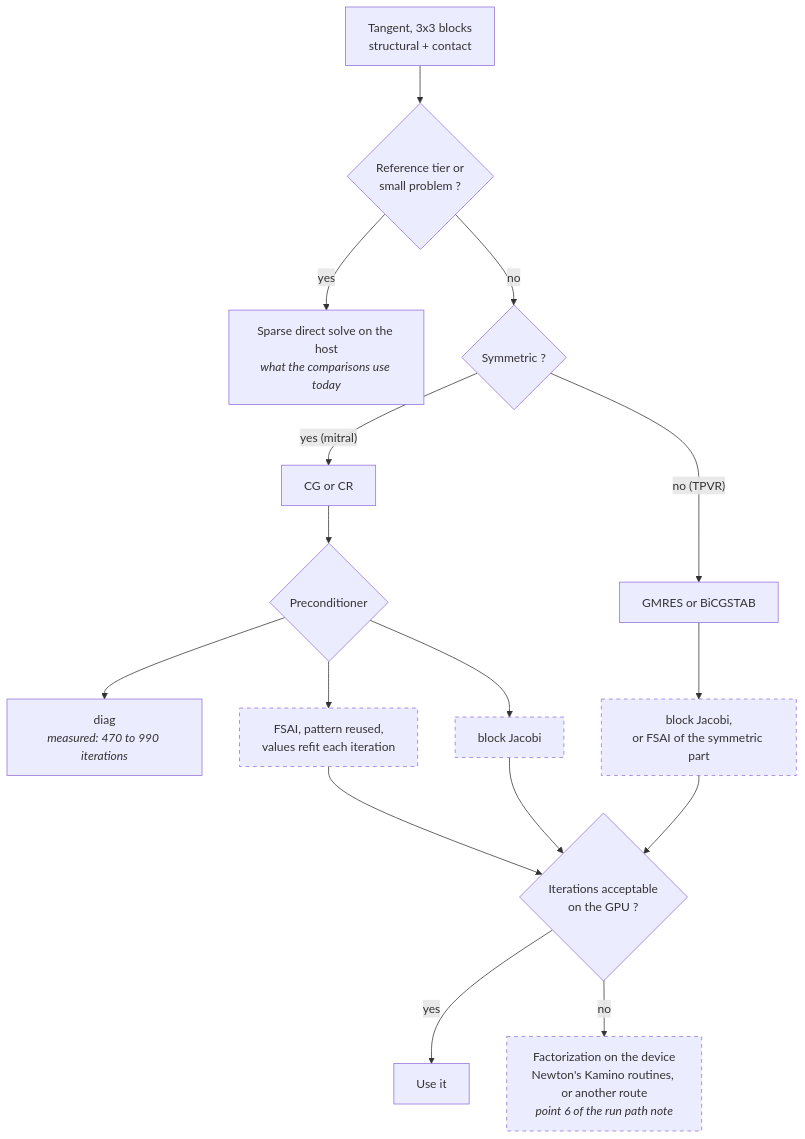
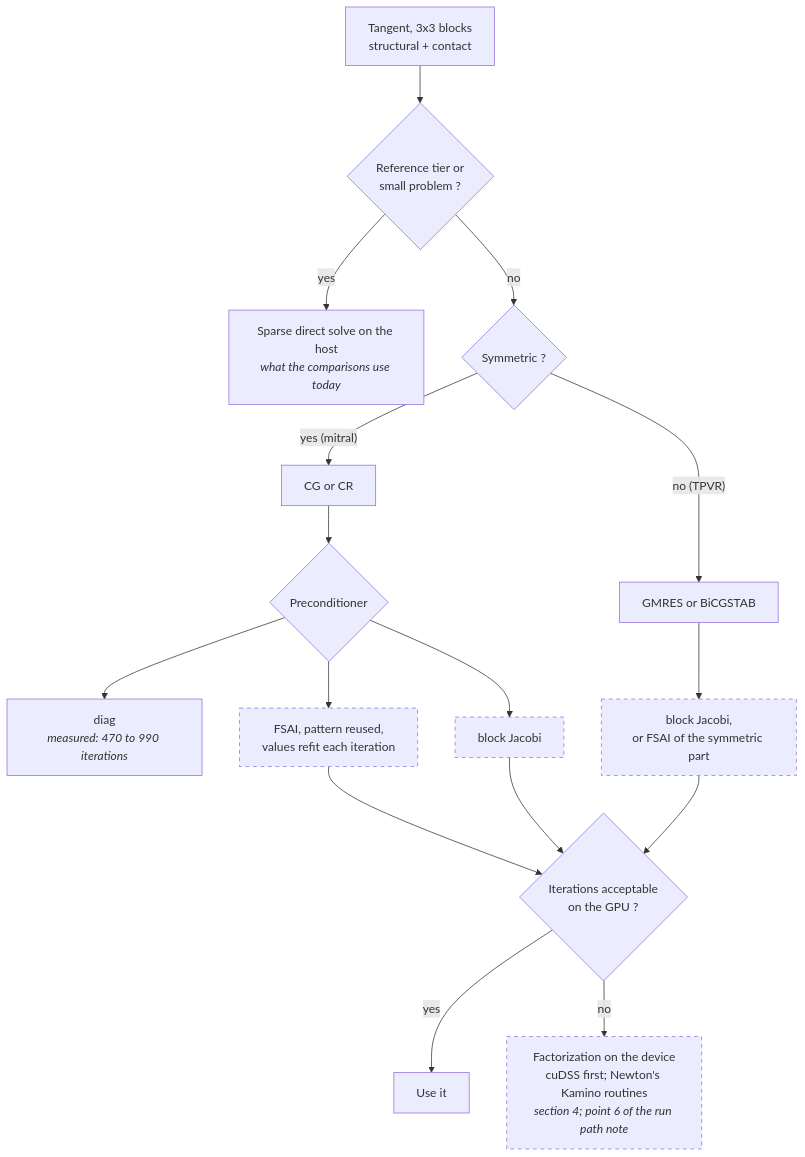
Before and after one commit to JolleyLab/FEBio-Warp-Python: the diagram in docs/design/linear_solve.md, drawn with Mermaid. The commit also changed other lines of this file and 5 other files, not shown here.

First line of the commit message:
docs: carry the cuDSS option through the roadmap

````diff
--- a/docs/design/linear_solve.md
+++ b/docs/design/linear_solve.md
@@ -20,23 +21,23 @@
 ```mermaid
 flowchart TB
     K["Tangent, 3x3 blocks<br/>structural + contact"] --> ref{"Reference tier or<br/>small problem ?"}
     ref -- yes --> host["Sparse direct solve on the host<br/><i>what the comparisons use today</i>"]
     ref -- no --> sym{"Symmetric ?"}
 
     sym -- "yes (mitral)" --> cg["CG or CR"]
     cg --> pre1{"Preconditioner"}
     pre1 --> d1["diag<br/><i>measured: 470 to 990 iterations</i>"]
     pre1 --> f1["FSAI, pattern reused,<br/>values refit each iteration"]:::todo
     pre1 --> b1["block Jacobi"]:::todo
 
     sym -- "no (TPVR)" --> gm["GMRES or BiCGSTAB"]
     gm --> pre2["block Jacobi,<br/>or FSAI of the symmetric part"]:::todo
 
     f1 --> enough{"Iterations acceptable<br/>on the GPU ?"}
     b1 --> enough
     pre2 --> enough
     enough -- yes --> done["Use it"]
-    enough -- no --> direct["Factorization on the device<br/>Newton's Kamino routines, or another route<br/><i>point 6 of the run path note</i>"]:::todo
+    enough -- no --> direct["Factorization on the device<br/>cuDSS first; Newton's Kamino routines<br/><i>section 4; point 6 of the run path note</i>"]:::todo
 
     classDef todo stroke-dasharray: 5 5
 ```
````
